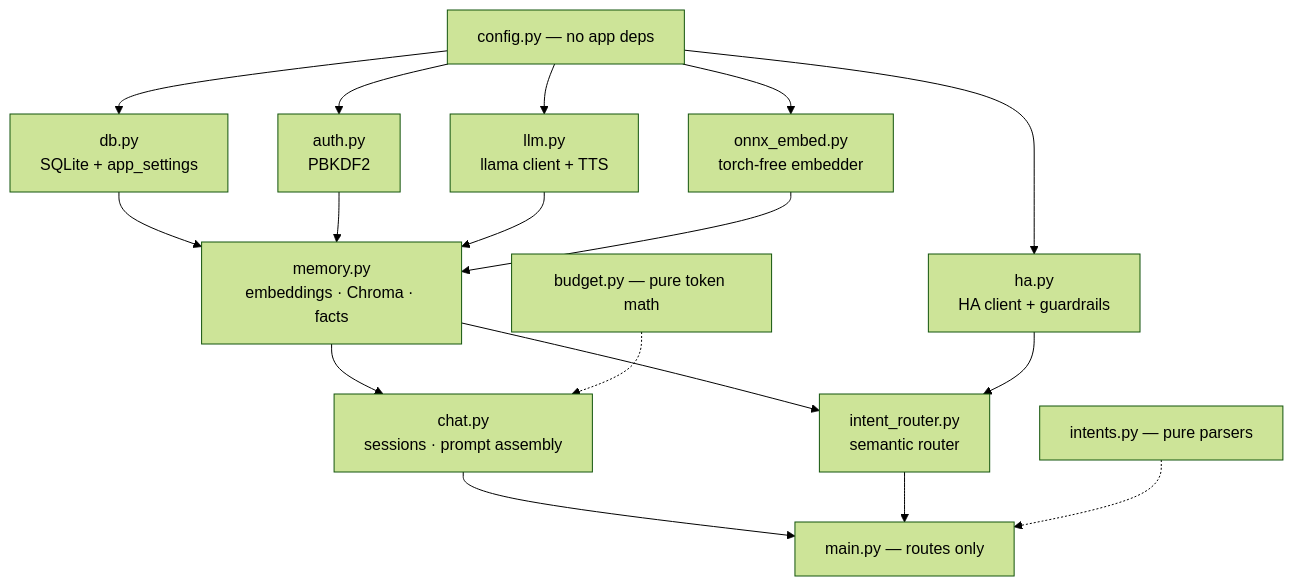
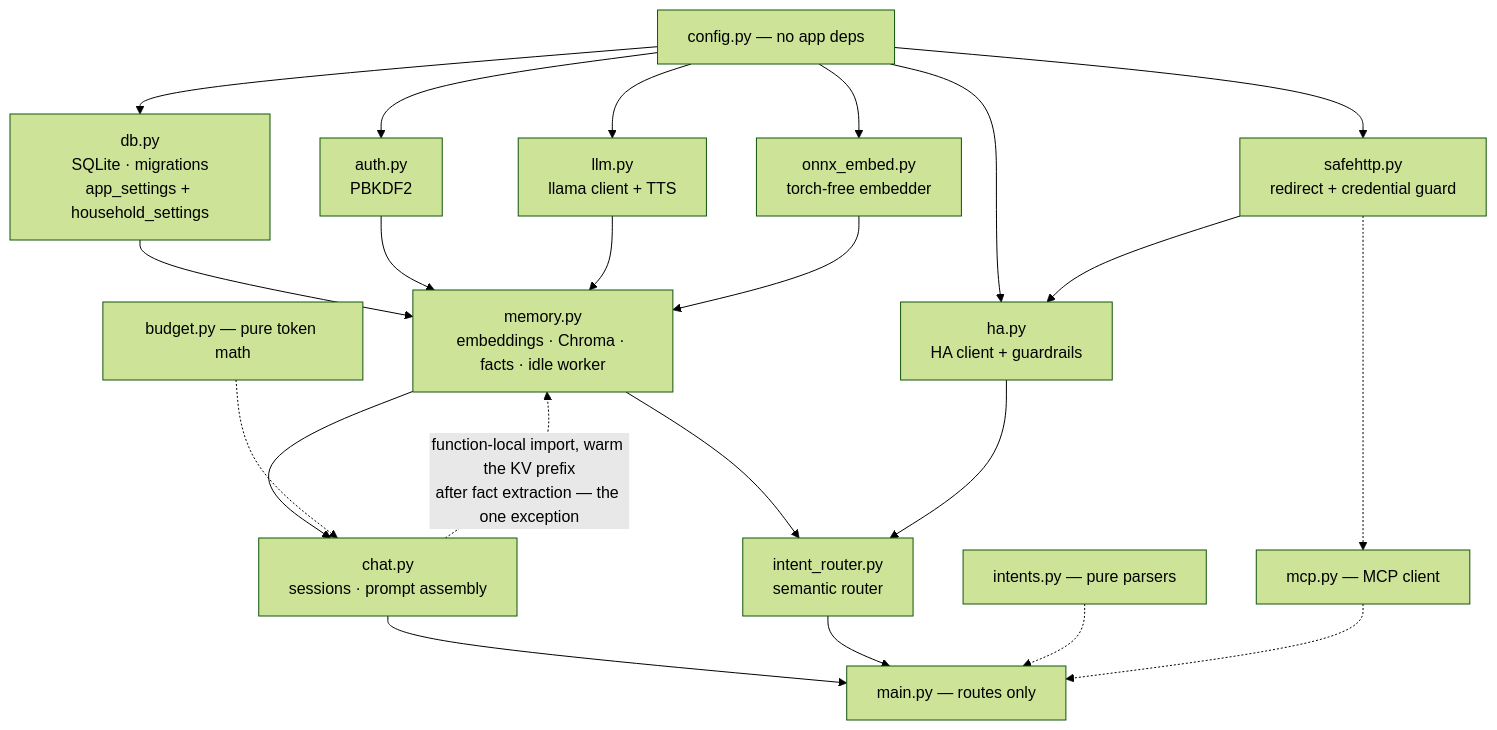
Before and after one commit to Ravijangid820/jarvis: the seventh of 10 diagrams in docs/DIAGRAMS.md, drawn with Mermaid (forest theme). The commit also changed other lines of this file and 10 other files, not shown here.

````diff
--- a/docs/DIAGRAMS.md
+++ b/docs/DIAGRAMS.md
@@ -171,15 +196,19 @@
 ```mermaid
 flowchart TB
-  CFG["config.py — no app deps"] --> DB2["db.py<br/>SQLite + app_settings"]
+  CFG["config.py — no app deps"] --> DB2["db.py<br/>SQLite · migrations<br/>app_settings + household_settings"]
   CFG --> AUTH["auth.py<br/>PBKDF2"]
+  CFG --> SH["safehttp.py<br/>redirect + credential guard"]
   CFG --> HA2["ha.py<br/>HA client + guardrails"]
   CFG --> OE["onnx_embed.py<br/>torch-free embedder"]
   CFG --> LLM2["llm.py<br/>llama client + TTS"]
-  DB2 & AUTH & LLM2 & OE --> MEM["memory.py<br/>embeddings · Chroma · facts"]
+  SH --> HA2
+  DB2 & AUTH & LLM2 & OE --> MEM["memory.py<br/>embeddings · Chroma · facts · idle worker"]
   MEM --> CHAT["chat.py<br/>sessions · prompt assembly"]
   MEM --> IR2["intent_router.py<br/>semantic router"]
   HA2 --> IR2
   CHAT & IR2 --> MAIN["main.py — routes only"]
   BUD["budget.py — pure token math"] -.-> CHAT
   INT["intents.py — pure parsers"] -.-> MAIN
+  SH -.-> MCP2["mcp.py — MCP client"] -.-> MAIN
+  CHAT -.->|"function-local import, warm the KV prefix<br/>after fact extraction — the one exception"| MEM
 ```
````
